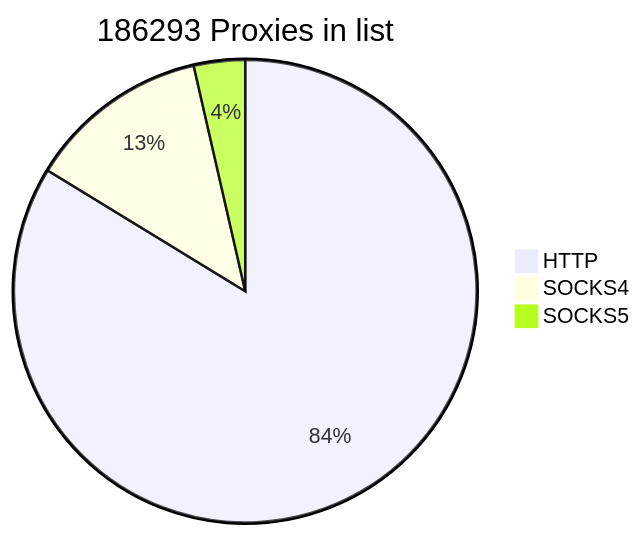
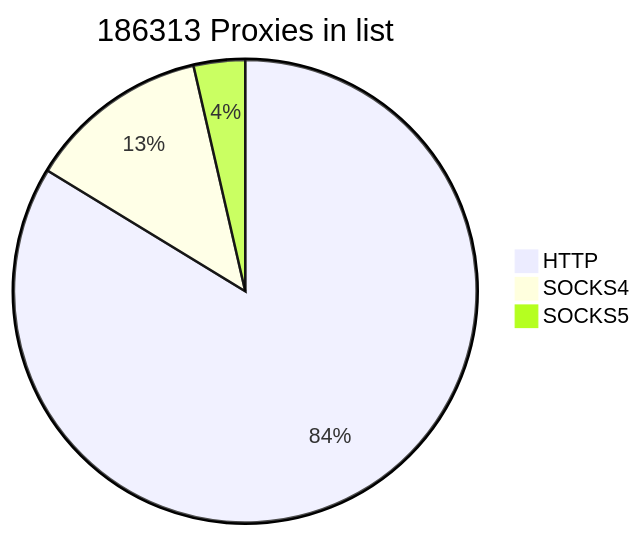
The first of 2 diagrams in README.md (cutipu/proxylist), drawn with Mermaid before and after one commit. The commit also changed other lines of this file, not shown here.

````diff
--- a/README.md
+++ b/README.md
@@ -2,7 +2,7 @@
 ```mermaid
-pie title 186293 Proxies in list
+pie title 186313 Proxies in list
     "HTTP" : 155986
-    "SOCKS4" : 23637
-    "SOCKS5" : 6670
+    "SOCKS4" : 23636
+    "SOCKS5" : 6691
             
 ```
````
